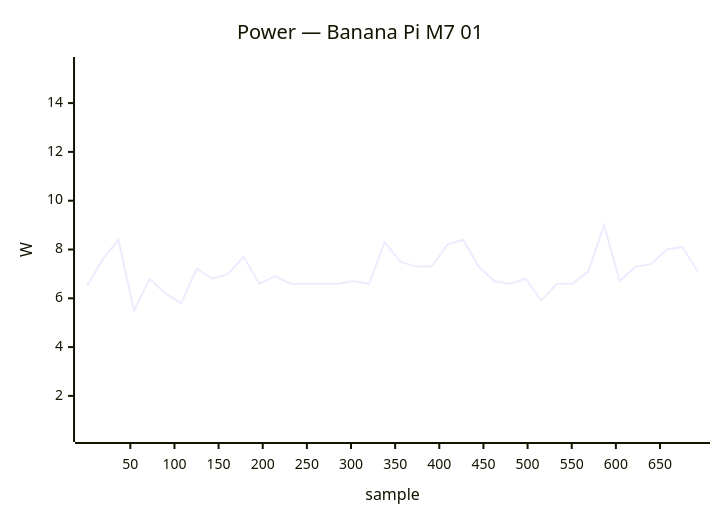
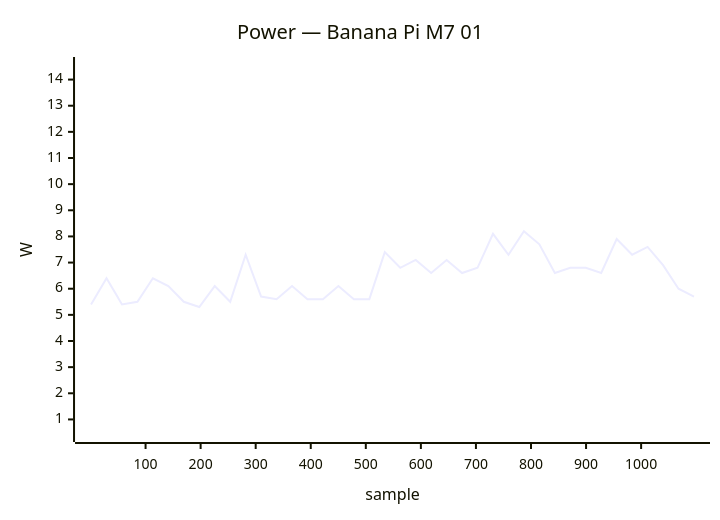
One commit to armbian/documentation changed diagram 12 of 50 in docs/status/board-tests.md. Above: the diagram before and after it, drawn with Mermaid. The commit also changed other lines of this file, not shown here.

````diff
--- a/docs/status/board-tests.md
+++ b/docs/status/board-tests.md
@@ -435,7 +626,7 @@
 ```mermaid
 xychart-beta
     title "Power — Banana Pi M7 01"
-    x-axis "sample" 1 --> 693
-    y-axis "W" 0.5 --> 15.5
-    line [6.5, 7.6, 8.4, 5.5, 6.8, 6.2, 5.8, 7.2, 6.8, 7.0, 7.7, 6.6, 6.9, 6.6, 6.6, 6.6, 6.6, 6.7, 6.6, 8.3, 7.5, 7.3, 7.3, 8.2, 8.4, 7.3, 6.7, 6.6, 6.8, 5.9, 6.6, 6.6, 7.1, 9.0, 6.7, 7.3, 7.4, 8.0, 8.1, 7.1]
+    x-axis "sample" 1 --> 1096
+    y-axis "W" 0.5 --> 14.5
+    line [5.4, 6.4, 5.4, 5.5, 6.4, 6.1, 5.5, 5.3, 6.1, 5.5, 7.3, 5.7, 5.6, 6.1, 5.6, 5.6, 6.1, 5.6, 5.6, 7.4, 6.8, 7.1, 6.6, 7.1, 6.6, 6.8, 8.1, 7.3, 8.2, 7.7, 6.6, 6.8, 6.8, 6.6, 7.9, 7.3, 7.6, 6.9, 6.0, 5.7]
 ```
````
